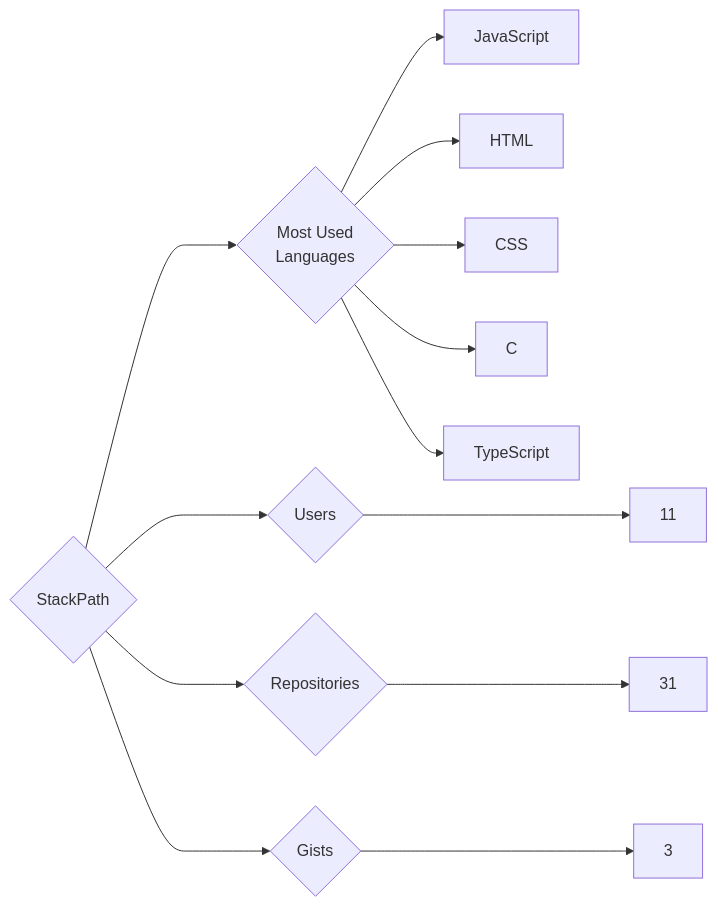
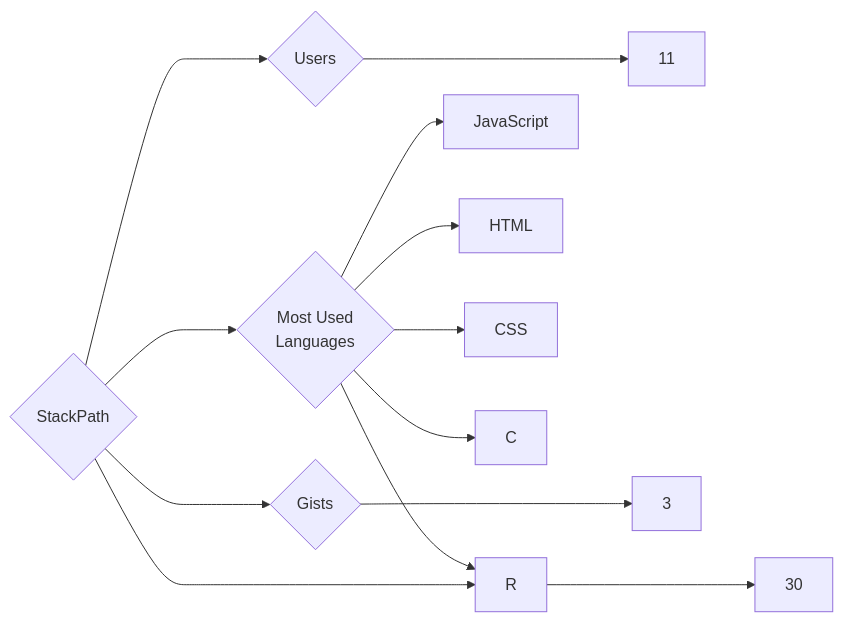
One commit to trickest/insiders changed the diagram in targets/StackPath/README.md. Above: the diagram before and after it, drawn with Mermaid. The commit also changed 1496 other files, not shown here.

````diff
--- a/targets/StackPath/README.md
+++ b/targets/StackPath/README.md
@@ -3,13 +3,13 @@
 ```mermaid
 graph LR
 COMPANY_NAME{StackPath}
 COMPANY_NAME ---> U{Users} ---> UN[11]
-COMPANY_NAME ---> R{Repositories} ---> RN[31]
+COMPANY_NAME ---> R{Repositories} ---> RN[30]
 COMPANY_NAME ---> G{Gists} ---> GN[3]
 COMPANY_NAME ---> ML{Most Used<br>Languages}
 ML --> JavaScript[JavaScript]
 ML --> HTML[HTML]
 ML --> CSS[CSS]
 ML --> C[C]
-ML --> TypeScript[TypeScript]
+ML --> R[R]
 ```
````
